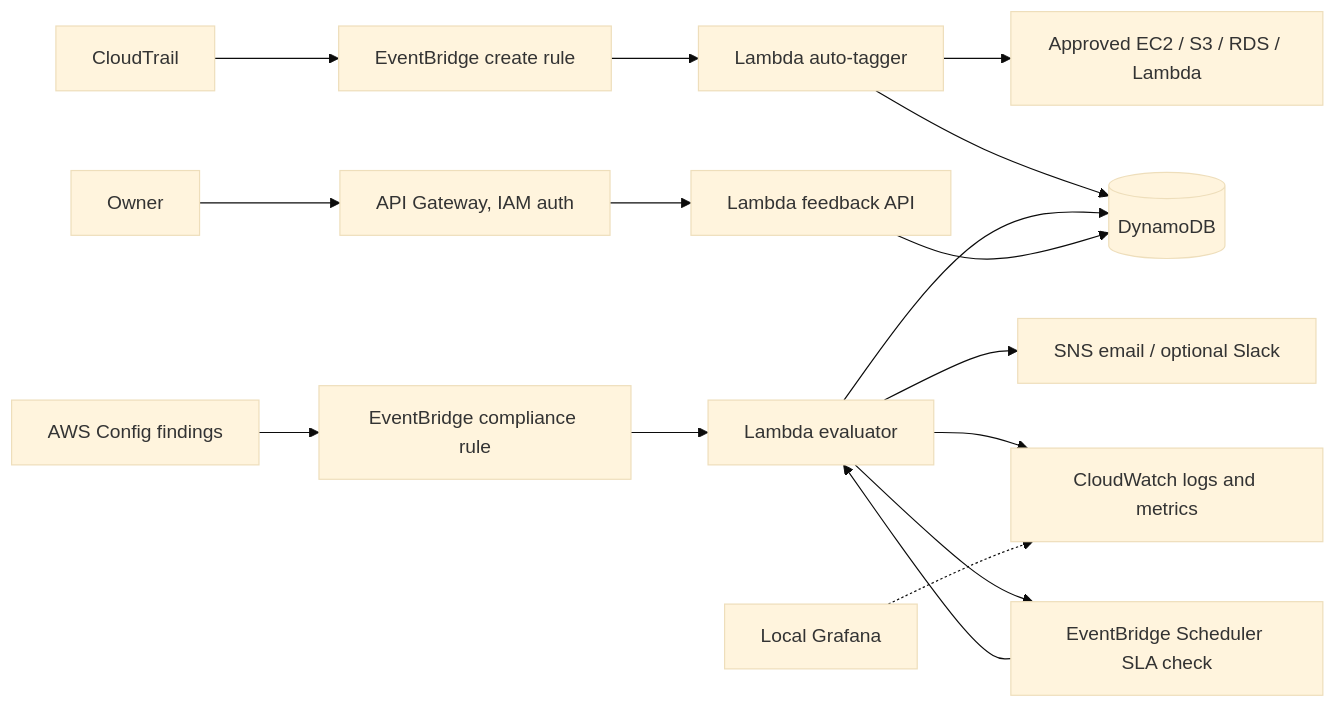
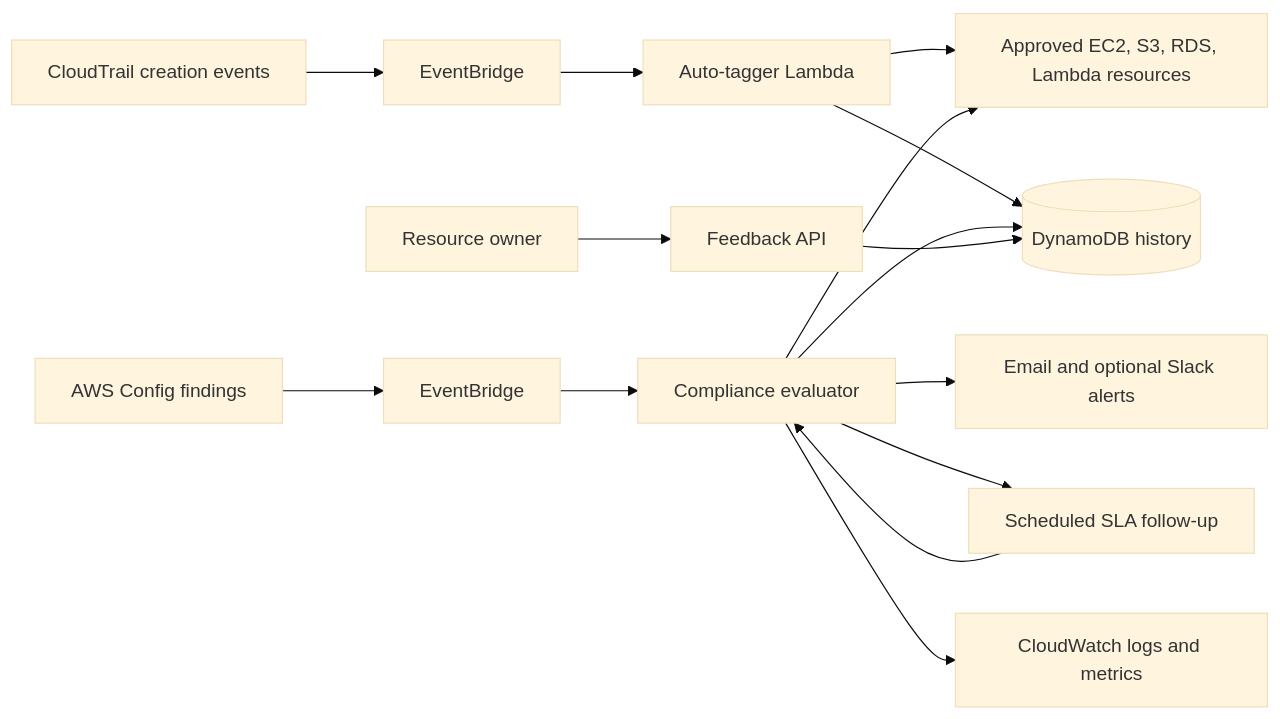
One commit to mboumhawahaga-ship-it/Red_Queen_Optimizer changed the diagram in README.md. Above: the diagram before and after it, drawn with Mermaid (base theme). The commit also changed other lines of this file, not shown here.

````diff
--- a/README.md
+++ b/README.md
@@ -14,13 +31,19 @@
 ```mermaid
 flowchart LR
-    CT[CloudTrail] --> E1[EventBridge create rule] --> AT[Lambda auto-tagger]
-    AT --> R[Approved EC2 / S3 / RDS / Lambda]
-    AT --> DB[(DynamoDB)]
-    CFG[AWS Config findings] --> E2[EventBridge compliance rule] --> CE[Lambda evaluator]
-    CE --> SNS[SNS email / optional Slack]
+    CT[CloudTrail creation events] --> EB1[EventBridge]
+    EB1 --> AT[Auto-tagger Lambda]
+    AT --> R[Approved EC2, S3, RDS, Lambda resources]
+    AT --> DB[(DynamoDB history)]
+
+    CFG[AWS Config findings] --> EB2[EventBridge]
+    EB2 --> CE[Compliance evaluator]
+    CE --> N[Email and optional Slack alerts]
     CE --> DB
+    CE --> SCH[Scheduled SLA follow-up]
+    SCH --> CE
+    CE --> R
     CE --> CW[CloudWatch logs and metrics]
-    CE --> S[EventBridge Scheduler SLA check] --> CE
-    O[Owner] --> API[API Gateway, IAM auth] --> FB[Lambda feedback API] --> DB
-    G[Local Grafana] -.-> CW
+
+    OWNER[Resource owner] --> API[Feedback API]
+    API --> DB
 ```
````
